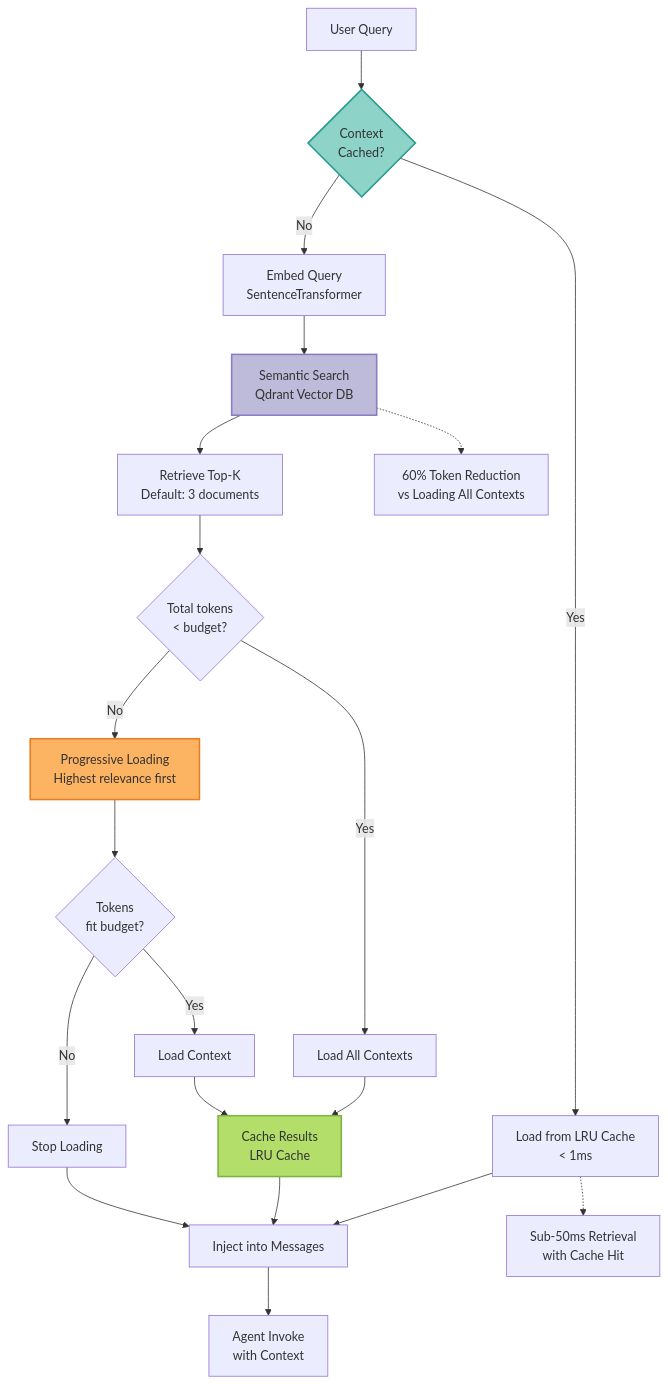
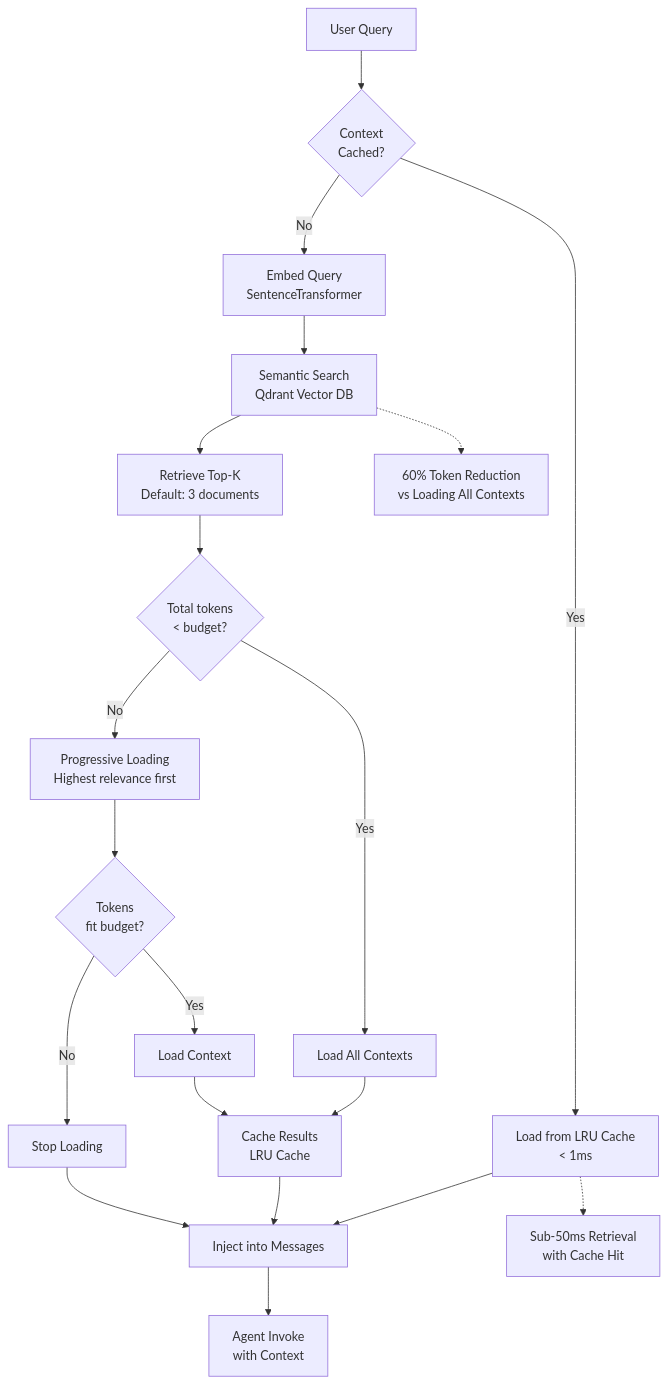
Before and after one commit to vishnu2kmohan/mcp-server-langgraph: the seventh of 10 diagrams in docs/diagrams/system-architecture.mdx, drawn with Mermaid. The commit also changed other lines of this file and 11 other files, not shown here.

First line of the commit message:
docs: modernize Mermaid diagrams to follow 2025 best practices

````diff
--- a/docs/diagrams/system-architecture.mdx
+++ b/docs/diagrams/system-architecture.mdx
@@ -407,39 +389,34 @@
 ```mermaid
 flowchart TD
     UserQuery[User Query] --> CheckCache{Context<br/>Cached?}
 
     CheckCache -->|Yes| LoadCache[Load from LRU Cache<br/>< 1ms]
     CheckCache -->|No| Embed[Embed Query<br/>SentenceTransformer]
 
     Embed --> Search[Semantic Search<br/>Qdrant Vector DB]
     Search --> TopK[Retrieve Top-K<br/>Default: 3 documents]
 
     TopK --> TokenCheck{Total tokens<br/>< budget?}
 
     TokenCheck -->|Yes| LoadAll[Load All Contexts]
     TokenCheck -->|No| Progressive[Progressive Loading<br/>Highest relevance first]
 
     Progressive --> TokenFit{Tokens<br/>fit budget?}
     TokenFit -->|Yes| LoadContext[Load Context]
     TokenFit -->|No| StopLoading[Stop Loading]
 
     LoadAll --> CacheResults[Cache Results<br/>LRU Cache]
     LoadContext --> CacheResults
     LoadCache --> InjectMsg[Inject into Messages]
     CacheResults --> InjectMsg
     StopLoading --> InjectMsg
 
     InjectMsg --> AgentInvoke[Agent Invoke<br/>with Context]
 
-    style CheckCache fill:#8dd3c7,stroke:#2a9d8f,stroke-width:2px,color:#333
-    style Search fill:#bebada,stroke:#8e7cc3,stroke-width:2px,color:#333
-    style Progressive fill:#fdb462,stroke:#e67e22,stroke-width:2px,color:#333
-    style CacheResults fill:#b3de69,stroke:#7cb342,stroke-width:2px,color:#333
-
     %% Annotations
     Note1[60% Token Reduction<br/>vs Loading All Contexts]
     Note2[Sub-50ms Retrieval<br/>with Cache Hit]
 
     Search -.-> Note1
     LoadCache -.-> Note2
 ```
````
